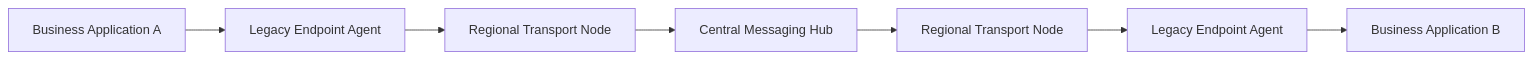
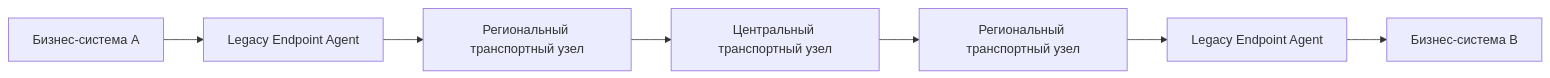
Before and after one commit to NesmachnyDN/enterprise-integration-migration-case: the first of 4 diagrams in README.md, drawn with Mermaid. The commit also changed other lines of this file, not shown here.

````diff
--- a/README.md
+++ b/README.md
@@ -71,9 +71,9 @@
 ```mermaid
 flowchart LR
-    A[Business Application A] --> LA1[Legacy Endpoint Agent]
-    LA1 --> R1[Regional Transport Node]
-    R1 --> C[Central Messaging Hub]
-    C --> R2[Regional Transport Node]
+    A[Бизнес-система A] --> LA1[Legacy Endpoint Agent]
+    LA1 --> R1[Региональный транспортный узел]
+    R1 --> C[Центральный транспортный узел]
+    C --> R2[Региональный транспортный узел]
     R2 --> LA2[Legacy Endpoint Agent]
-    LA2 --> B[Business Application B]
+    LA2 --> B[Бизнес-система B]
 ```
````
